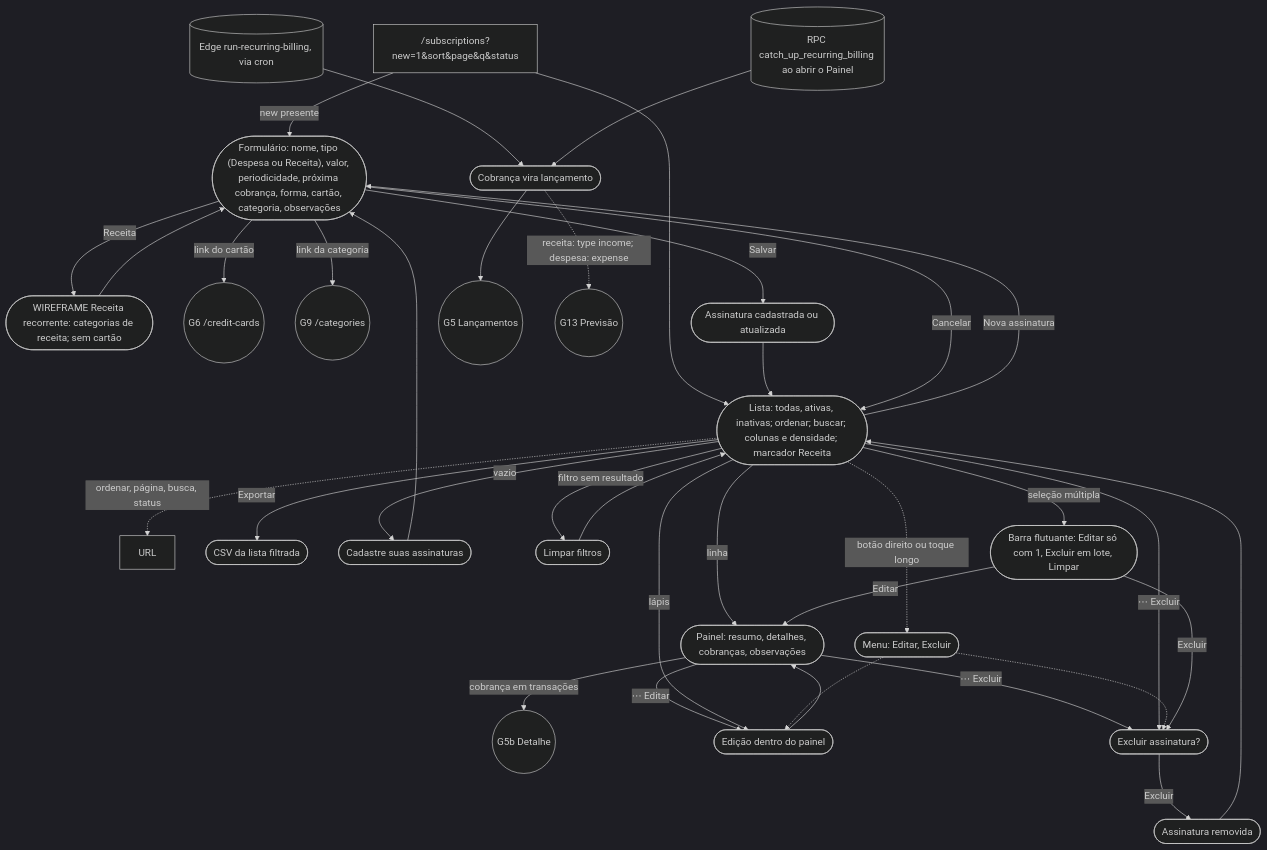
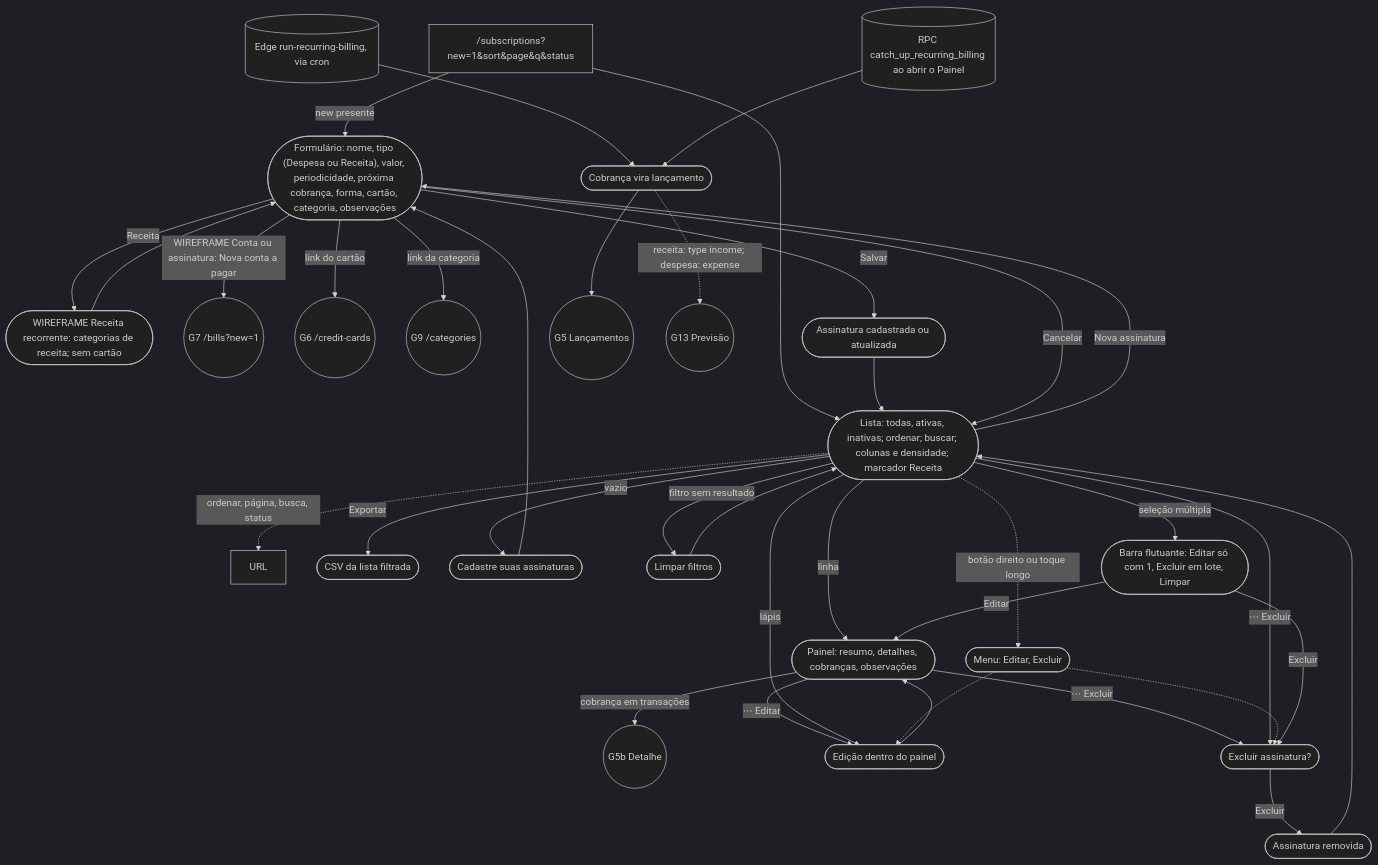
Before and after one commit to kauax2000/finance_app: diagram 13 of 18 in docs/JORNADAS.md, drawn with Mermaid. The commit also changed other lines of this file and 6 other files, not shown here.

````diff
--- a/docs/JORNADAS.md
+++ b/docs/JORNADAS.md
@@ -939,35 +965,36 @@
 ```mermaid
 %%{init: {"theme": "dark"}}%%
 flowchart TD
     subs["/subscriptions?new=1&sort&page&q&status"] -->|"new presente"| form(["Formulário: nome, tipo (Despesa ou Receita), valor, periodicidade, próxima cobrança, forma, cartão, categoria, observações"])
     form -->|"Receita"| incomeSub(["WIREFRAME Receita recorrente: categorias de receita; sem cartão"]) --> form
     subs --> list(["Lista: todas, ativas, inativas; ordenar; buscar; colunas e densidade; marcador Receita"])
     list -.->|"ordenar, página, busca, status"| url["URL"]
     list -->|"Exportar"| csv(["CSV da lista filtrada"])
     list -->|"Nova assinatura"| form
     list -->|"vazio"| emptyNew(["Cadastre suas assinaturas"]) --> form
     list -->|"filtro sem resultado"| clear(["Limpar filtros"]) --> list
+    form -->|"WIREFRAME Conta ou assinatura: Nova conta a pagar"| G7(("G7 /bills?new=1"))
     form -->|"link do cartão"| G6(("G6 /credit-cards"))
     form -->|"link da categoria"| G9(("G9 /categories"))
     form -->|"Salvar"| saved(["Assinatura cadastrada ou atualizada"]) --> list
     form -->|"Cancelar"| list
 
     list -->|"linha"| sheet(["Painel: resumo, detalhes, cobranças, observações"])
     sheet -->|"cobrança em transações"| txDetail(("G5b Detalhe"))
     sheet -->|"⋯ Editar"| editInline(["Edição dentro do painel"]) --> sheet
     sheet -->|"⋯ Excluir"| del(["Excluir assinatura?"])
     list -->|"lápis"| editInline
     list -->|"⋯ Excluir"| del
     list -.->|"botão direito ou toque longo"| rowMenu(["Menu: Editar, Excluir"])
     rowMenu -.-> editInline
     rowMenu -.-> del
     list -->|"seleção múltipla"| bar(["Barra flutuante: Editar só com 1, Excluir em lote, Limpar"])
     bar -->|"Editar"| sheet
     bar -->|"Excluir"| del
     del -->|"Excluir"| removed(["Assinatura removida"]) --> list
 
     cron[("Edge run-recurring-billing, via cron")] --> billed(["Cobrança vira lançamento"])
     catchup[("RPC catch_up_recurring_billing ao abrir o Painel")] --> billed
     billed --> G5(("G5 Lançamentos"))
     billed -.->|"receita: type income; despesa: expense"| G13(("G13 Previsão"))
 ```
````
